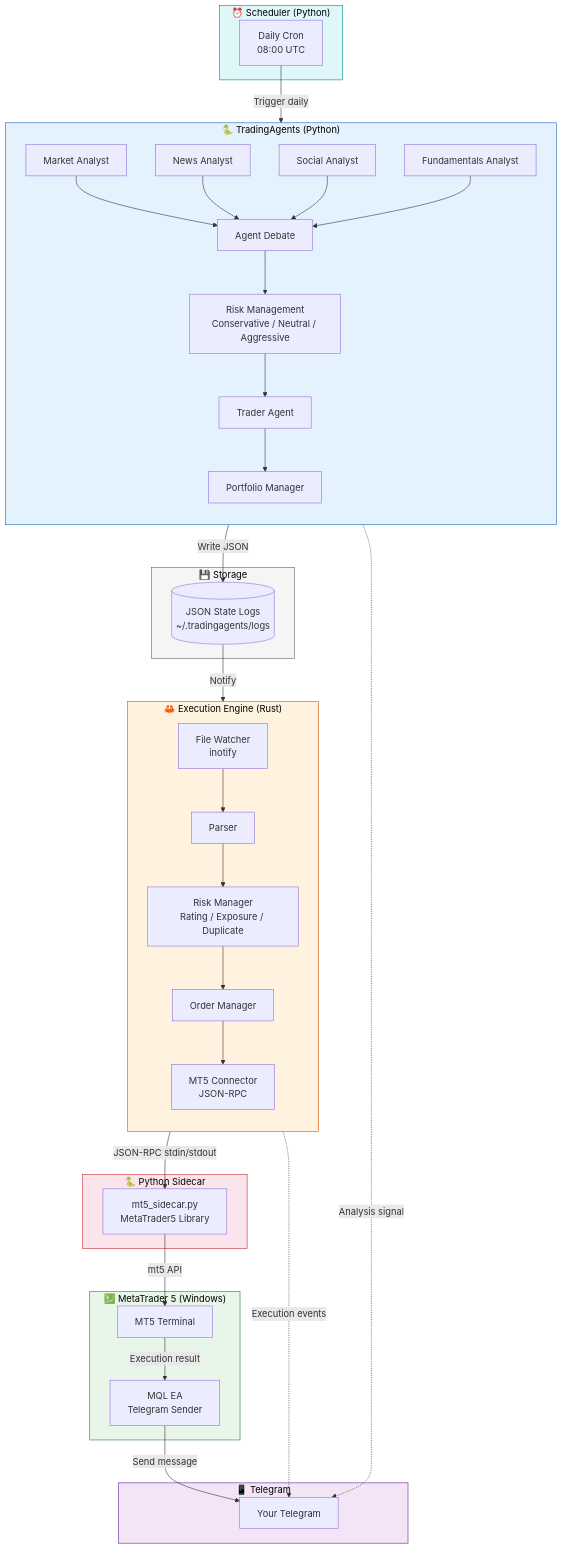
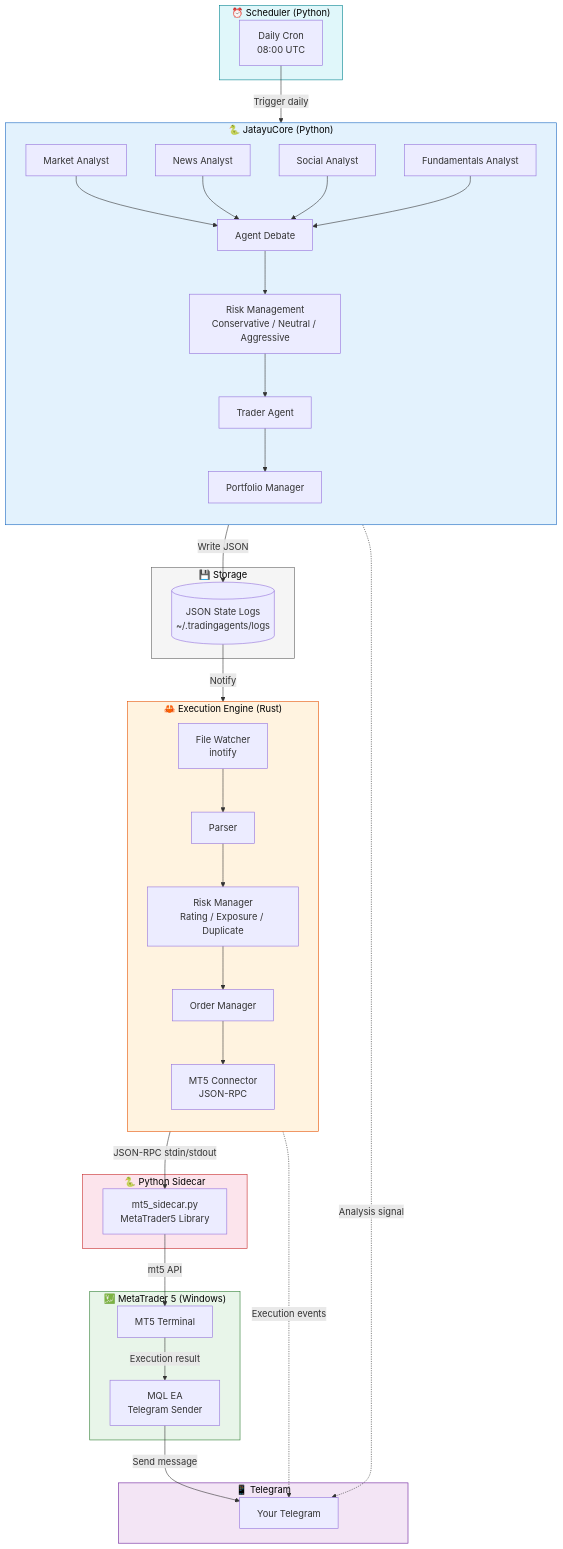
One commit to komelImoet/JatayuCore changed the first of 3 diagrams in docs/architecture.md. Above: the diagram before and after it, drawn with Mermaid. The commit also changed other lines of this file and 18 other files, not shown here.

First line of the commit message:
rename: TradingAgents → JatayuCore (docs, CLI, Telegram, Docker)

````diff
--- a/docs/architecture.md
+++ b/docs/architecture.md
@@ -5,60 +5,60 @@
 ```mermaid
 flowchart TB
     subgraph Scheduler["⏰ Scheduler (Python)"]
         S[Daily Cron<br/>08:00 UTC]
     end
     
-    subgraph TA["🐍 TradingAgents (Python)"]
+    subgraph TA["🐍 JatayuCore (Python)"]
         direction TB
         A1[Market Analyst] --> AD[Agent Debate]
         A2[News Analyst] --> AD
         A3[Social Analyst] --> AD
         A4[Fundamentals Analyst] --> AD
         AD --> RMG[Risk Management<br/>Conservative / Neutral / Aggressive]
         RMG --> TR[Trader Agent]
         TR --> PM[Portfolio Manager]
     end
     
     subgraph Storage["💾 Storage"]
         JS[(JSON State Logs<br/>~/.tradingagents/logs)]
     end
     
     subgraph Engine["🦀 Execution Engine (Rust)"]
         direction TB
         W[File Watcher<br/>inotify] --> P[Parser]
         P --> RK[Risk Manager<br/>Rating / Exposure / Duplicate]
         RK --> OM[Order Manager]
         OM --> C[MT5 Connector<br/>JSON-RPC]
     end
     
     subgraph Sidecar["🐍 Python Sidecar"]
         SC[mt5_sidecar.py<br/>MetaTrader5 Library]
     end
     
     subgraph MT5["💹 MetaTrader 5 (Windows)"]
         MT[MT5 Terminal]
         EA[MQL EA<br/>Telegram Sender]
     end
     
     subgraph TG["📱 Telegram"]
         CHAT[Your Telegram]
     end
     
     S -->|Trigger daily| TA
     TA -->|Write JSON| JS
     JS -->|Notify| W
     C -->|JSON-RPC stdin/stdout| SC
     SC -->|mt5 API| MT
     MT -->|Execution result| EA
     EA -->|Send message| CHAT
     TA -.->|Analysis signal| CHAT
     Engine -.->|Execution events| CHAT
     
     style TA fill:#e3f2fd,stroke:#1565c0,color:#000
     style Engine fill:#fff3e0,stroke:#e65100,color:#000
     style Sidecar fill:#fce4ec,stroke:#c62828,color:#000
     style MT5 fill:#e8f5e9,stroke:#2e7d32,color:#000
     style TG fill:#f3e5f5,stroke:#6a1b9a,color:#000
     style Storage fill:#f5f5f5,stroke:#616161,color:#000
     style Scheduler fill:#e0f7fa,stroke:#00838f,color:#000
 ```
````
